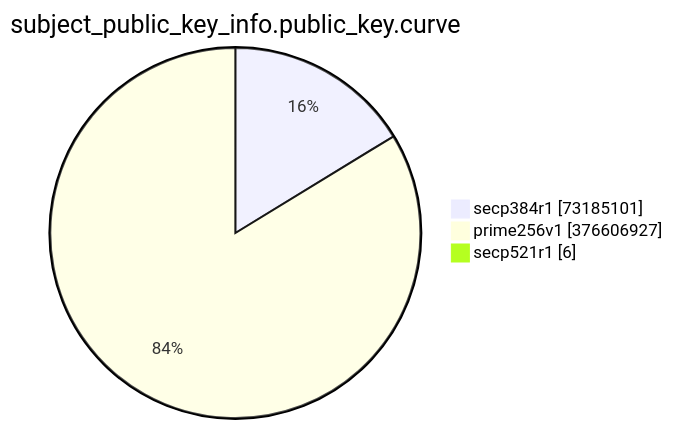
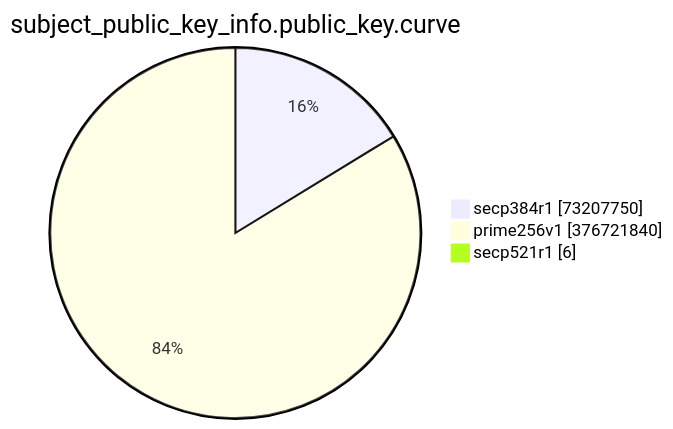
Before and after one commit to christiankrug/ctmonitor_visualization: the eighth of 15 diagrams in TOTAL/README.md, drawn with Mermaid. The commit also changed other lines of this file, not shown here.

````diff
--- a/TOTAL/README.md
+++ b/TOTAL/README.md
@@ -3094,7 +3094,7 @@
 ```mermaid
 pie showData
 title subject_public_key_info.public_key.curve
-"secp384r1" :73185101
-"prime256v1" :376606927
+"secp384r1" :73207750
+"prime256v1" :376721840
 "secp521r1" :6
 ```
````
